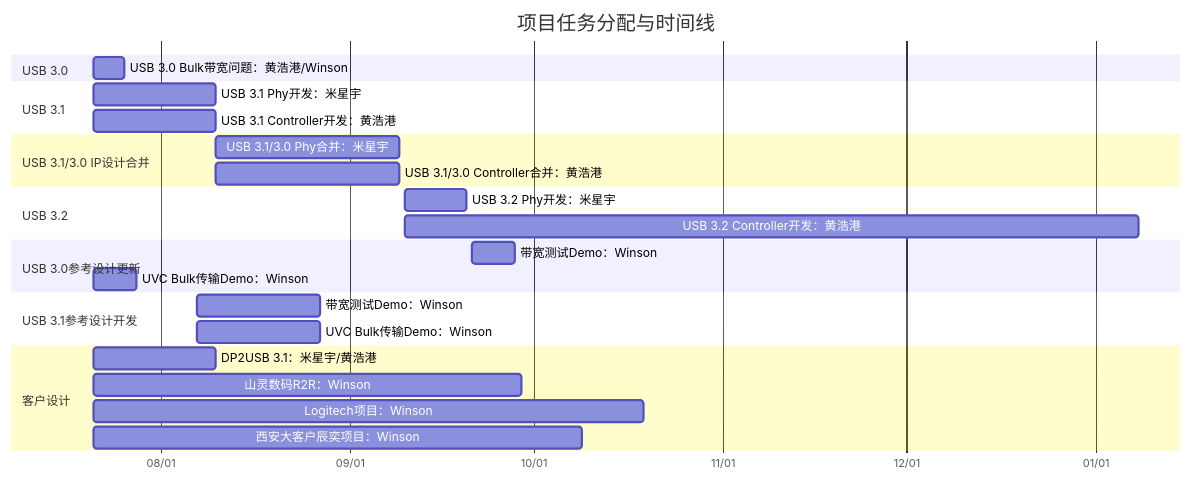
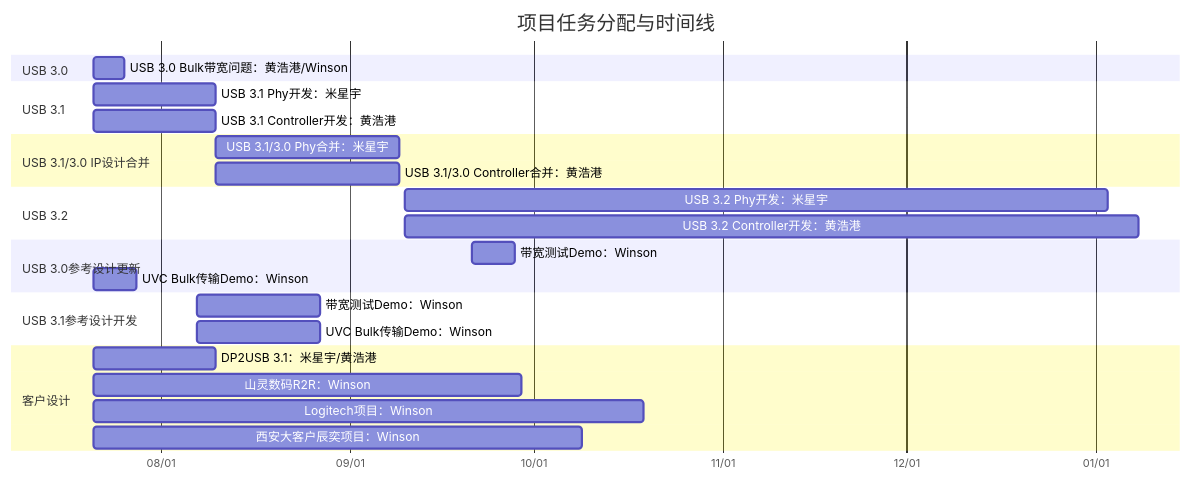
The diagram in all/未命名.md (winsonbook/iodraw-files), drawn with Mermaid before and after one commit.

Commit message:
2025-07-21 10:15:46 update

````diff
--- a/all/未命名.md
+++ b/all/未命名.md
@@ -1,35 +1,35 @@
 ```mermaid
 gantt
     title 项目任务分配与时间线
     dateFormat  YYYY-MM-DD
     axisFormat  %m/%d
 
     section USB 3.0
     USB 3.0 Bulk带宽问题：黄浩港/Winson   :    task1, 2025-07-21, 5d
 
     section USB 3.1
     USB 3.1 Phy开发：米星宇      :         task2, 2025-07-21, 20d
     USB 3.1 Controller开发：黄浩港      :  task3, 2025-07-21, 20d
 
     section USB 3.1/3.0 IP设计合并
     USB 3.1/3.0 Phy合并：米星宇       :    task4, 2025-08-10, 30d
     USB 3.1/3.0 Controller合并：黄浩港:    task5, 2025-08-10, 30d
 
     section USB 3.2
-    USB 3.2 Phy开发：米星宇      :         task2, 2025-09-10, 10d
+    USB 3.2 Phy开发：米星宇      :         task2, 2025-09-10, 115d
     USB 3.2 Controller开发：黄浩港      :  task3, 2025-09-10, 120d
 
     section USB 3.0参考设计更新
     带宽测试Demo：Winson       :         task6, 2025-09-21, 7d
     UVC Bulk传输Demo：Winson   :        task7, 2025-07-21, 7d
 
     section USB 3.1参考设计开发
     带宽测试Demo：Winson       :         task8, 2025-08-07, 20d
     UVC Bulk传输Demo：Winson   :         task9, 2025-08-07, 20d
 
     section 客户设计
     DP2USB 3.1：米星宇/黄浩港      :task10, 2025-07-21, 20d
     山灵数码R2R：Winson :             task11, 2025-07-21, 70d
     Logitech项目：Winson :            task12, 2025-07-21, 90d
     西安大客户辰奕项目：Winson :       task13, 2025-07-21, 80d
 ```
````
